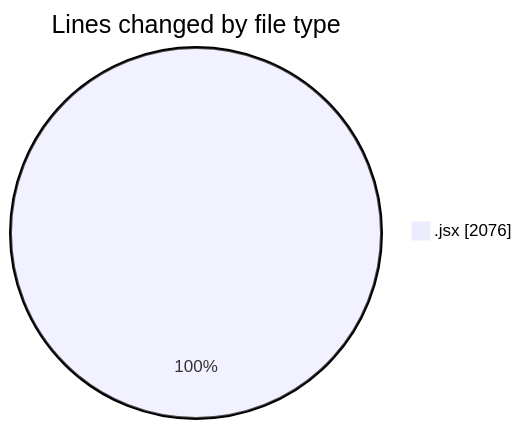
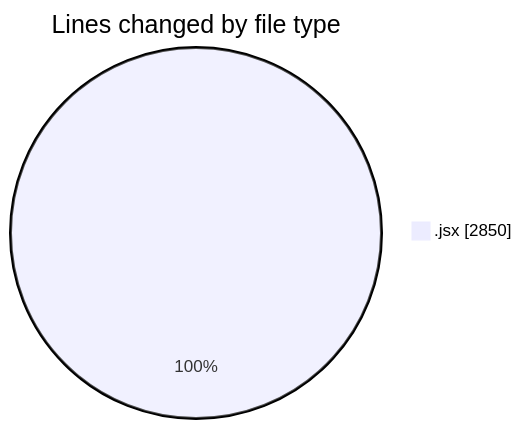
Before and after one commit to nxtqubesakshisongat/code-tracking: the first of 2 diagrams in 2025-06-21/nxtqube_webapp/README.md, drawn with Mermaid. The commit also changed other lines of this file and 1 other file, not shown here.

````diff
--- a/2025-06-21/nxtqube_webapp/README.md
+++ b/2025-06-21/nxtqube_webapp/README.md
@@ -20,5 +22,5 @@
 ```mermaid
 pie showData
 title Lines changed by file type
-".jsx" : 2076
+".jsx" : 2850
 ```
````
